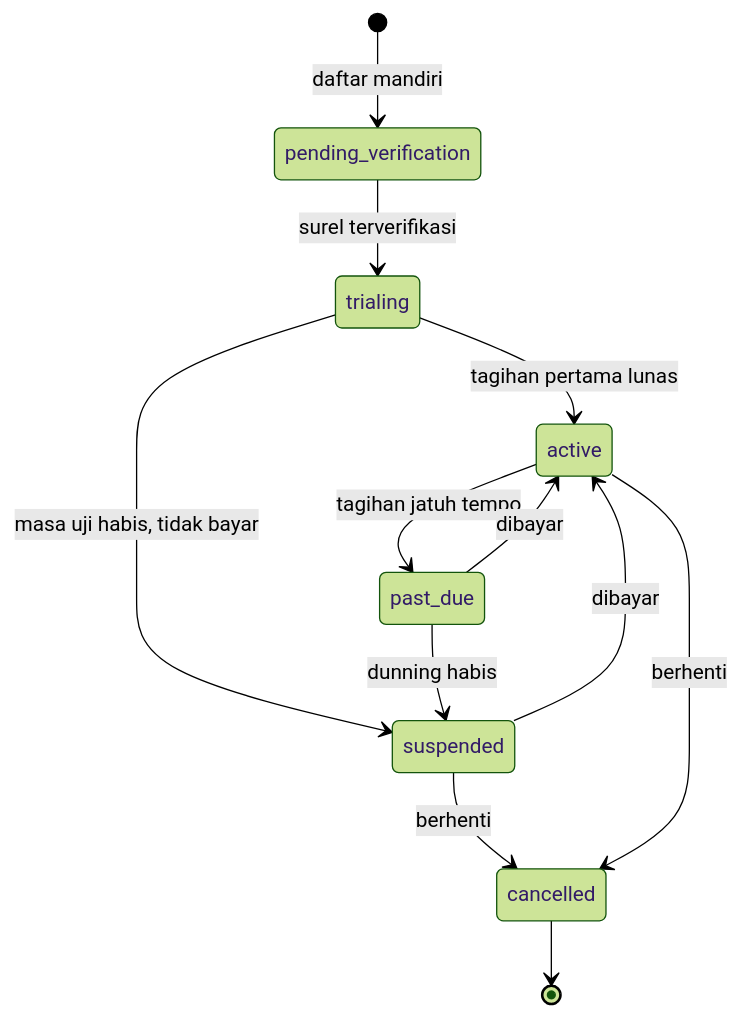
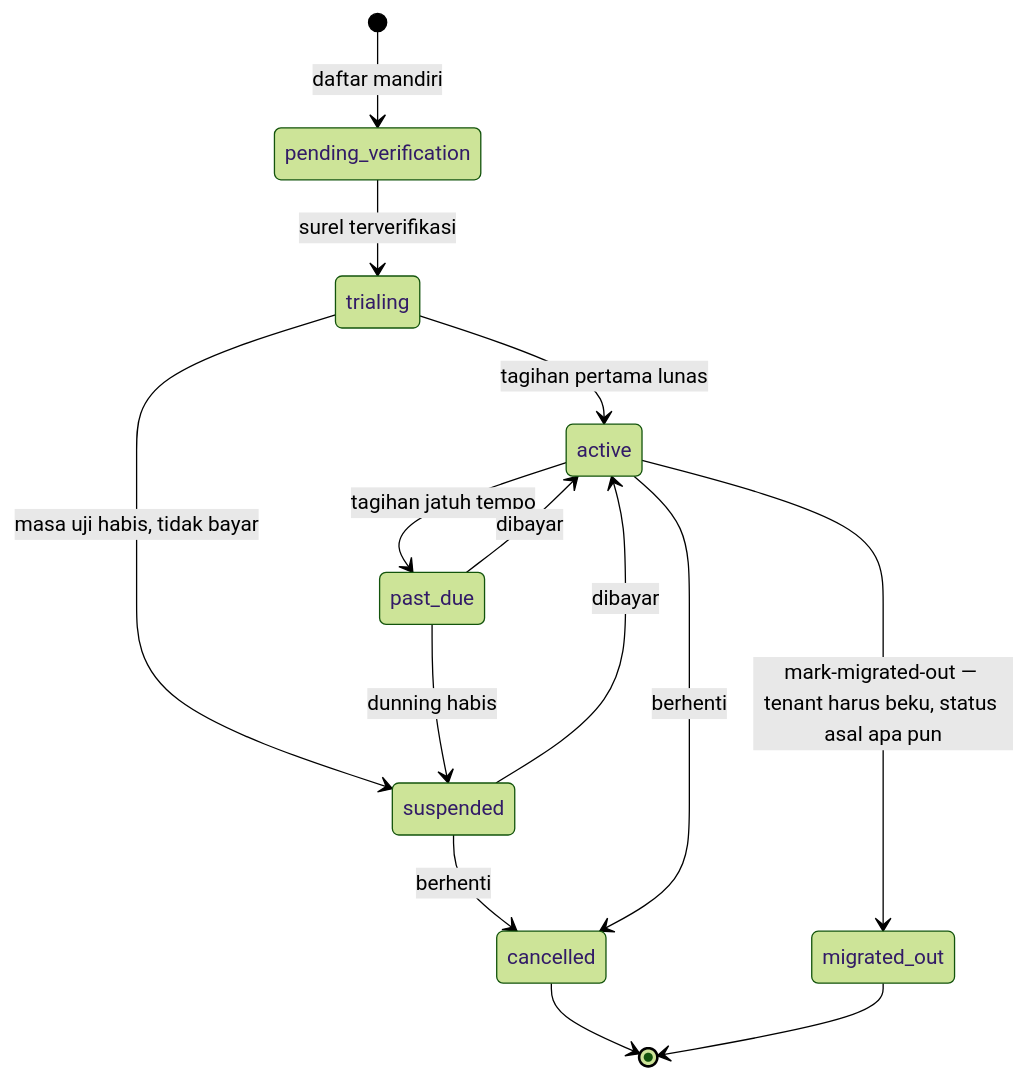
Before and after one commit to tri-evendi/sai-accounting: diagram 17 of 18 in docs/arsitektur/04-ALIRAN-DATA.md, drawn with Mermaid (forest theme). The commit also changed other lines of this file and 16 other files, not shown here.

````diff
--- a/docs/arsitektur/04-ALIRAN-DATA.md
+++ b/docs/arsitektur/04-ALIRAN-DATA.md
@@ -650,14 +663,16 @@
 ```mermaid
 stateDiagram-v2
     [*] --> pending_verification: daftar mandiri
     pending_verification --> trialing: surel terverifikasi
     trialing --> active: tagihan pertama lunas
     trialing --> suspended: masa uji habis, tidak bayar
     active --> past_due: tagihan jatuh tempo
     past_due --> active: dibayar
     past_due --> suspended: dunning habis
     suspended --> active: dibayar
     suspended --> cancelled: berhenti
     active --> cancelled: berhenti
+    active --> migrated_out: mark-migrated-out — tenant harus beku, status asal apa pun
     cancelled --> [*]
+    migrated_out --> [*]
 ```
````
